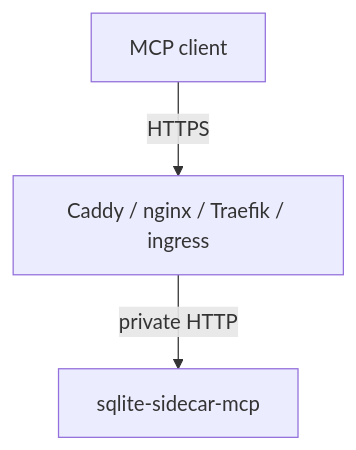
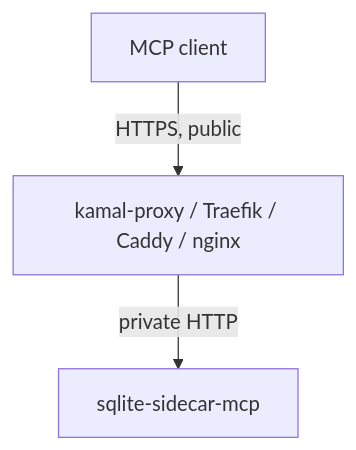
Before and after one commit to xakpc/sqlite-mcp-sidecar: the second of 2 diagrams in .lode/security/authentication.md, drawn with Mermaid. The commit also changed other lines of this file and 52 other files, not shown here.

````diff
--- a/.lode/security/authentication.md
+++ b/.lode/security/authentication.md
@@ -88,5 +108,5 @@
 ```mermaid
 flowchart TD
-    client[MCP client] -->|HTTPS| proxy[Caddy / nginx / Traefik / ingress]
+    client[MCP client] -->|HTTPS, public| proxy[kamal-proxy / Traefik / Caddy / nginx]
     proxy -->|private HTTP| sidecar[sqlite-sidecar-mcp]
 ```
````
